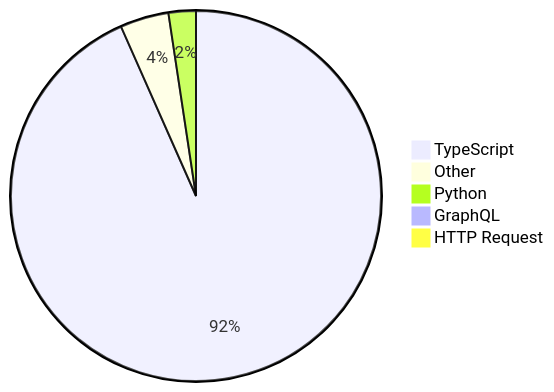
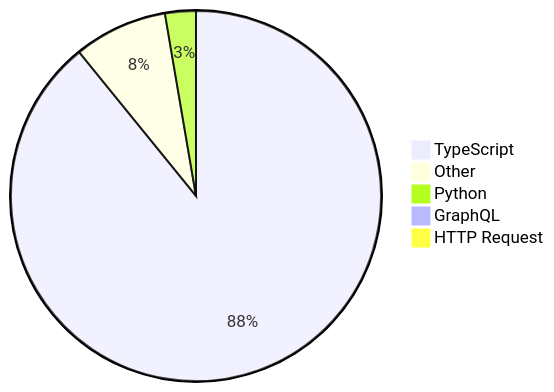
The diagram in README.md (skvggor/skvggor), drawn with Mermaid before and after one commit.

Commit message:
Updated waka-readme graph with new metrics

````diff
--- a/README.md
+++ b/README.md
@@ -16,8 +16,8 @@
 ```mermaid
 pie
-    "TypeScript" : 90.1
-    "Other" : 4.1
-    "Python" : 2.3
+    "TypeScript" : 86.2
+    "Other" : 7.9
+    "Python" : 2.6
     "GraphQL" : 0.9
     "HTTP Request" : 0.6
 ```
````
